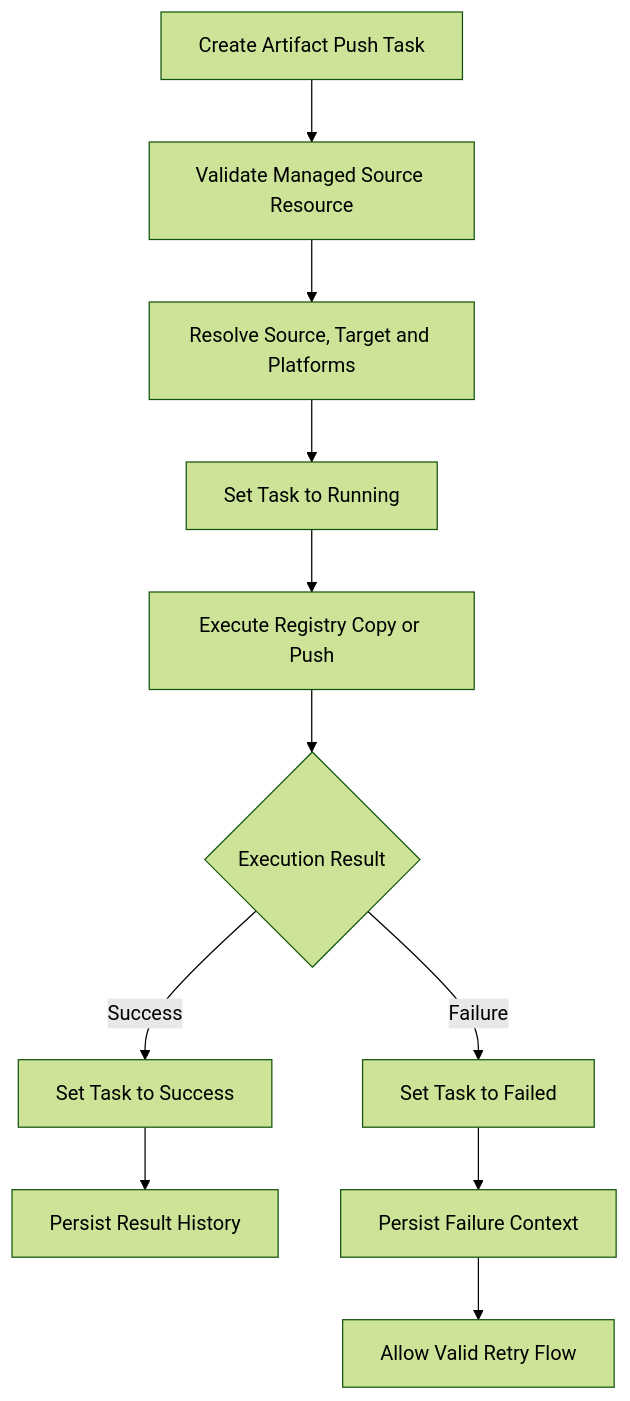
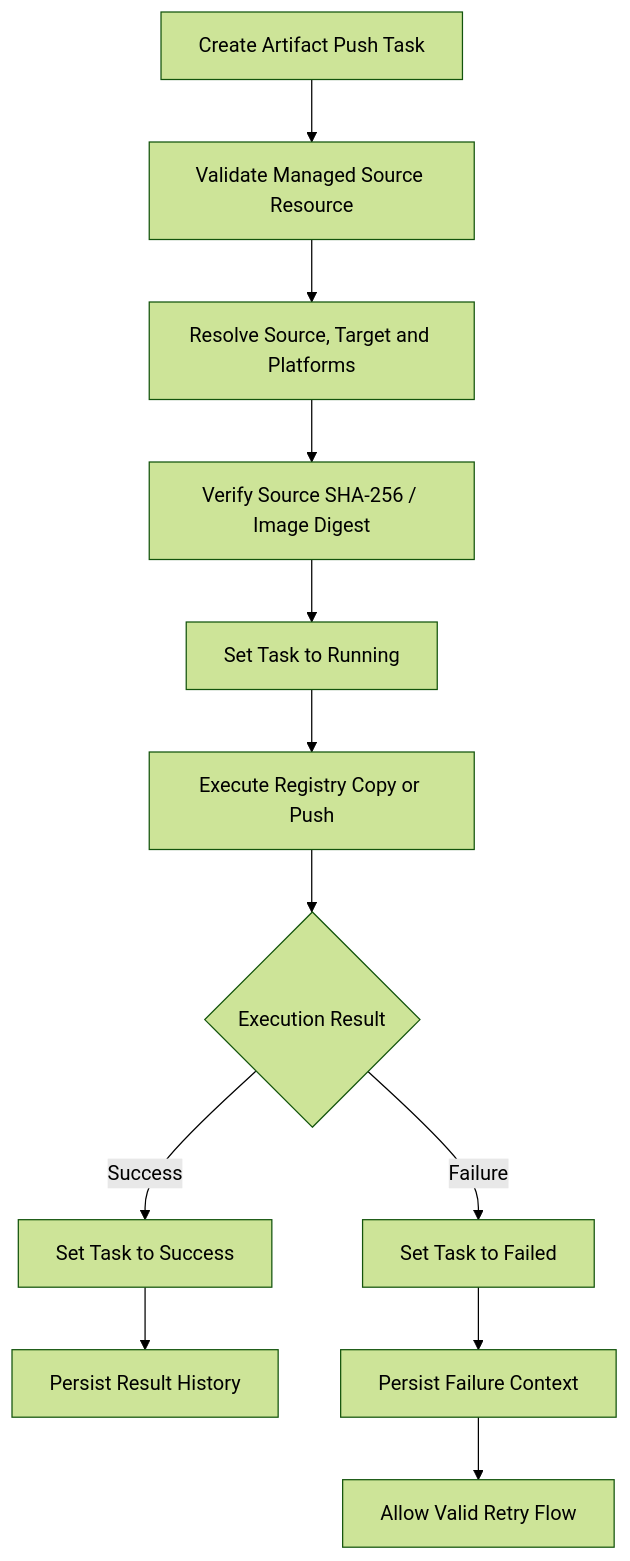
One commit to Tsonrat/software-engineer-journey changed diagram 11 of 14 in project/k8s_cicd_Platform/Backend.md. Above: the diagram before and after it, drawn with Mermaid (forest theme). The commit also changed other lines of this file, not shown here.

````diff
--- a/project/k8s_cicd_Platform/Backend.md
+++ b/project/k8s_cicd_Platform/Backend.md
@@ -382,13 +408,14 @@
 ```mermaid
 flowchart TD
     A["Create Artifact Push Task"] --> B["Validate Managed Source Resource"]
     B --> C["Resolve Source, Target and Platforms"]
-    C --> D["Set Task to Running"]
-    D --> E["Execute Registry Copy or Push"]
-    E --> F{"Execution Result"}
-    F -->|Success| G["Set Task to Success"]
-    F -->|Failure| H["Set Task to Failed"]
-    G --> I["Persist Result History"]
-    H --> J["Persist Failure Context"]
-    J --> K["Allow Valid Retry Flow"]
+    C --> D["Verify Source SHA-256 / Image Digest"]
+    D --> E["Set Task to Running"]
+    E --> F["Execute Registry Copy or Push"]
+    F --> G{"Execution Result"}
+    G -->|Success| H["Set Task to Success"]
+    G -->|Failure| I["Set Task to Failed"]
+    H --> J["Persist Result History"]
+    I --> K["Persist Failure Context"]
+    K --> L["Allow Valid Retry Flow"]
 ```
````
